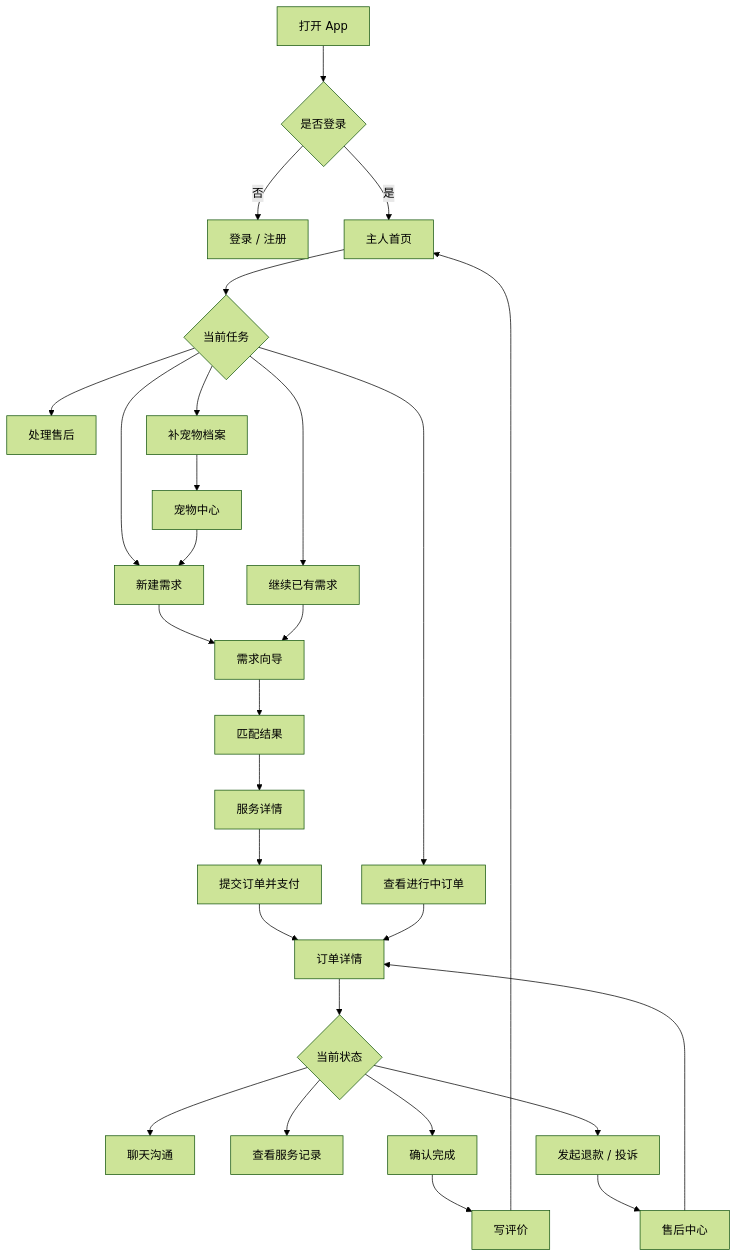
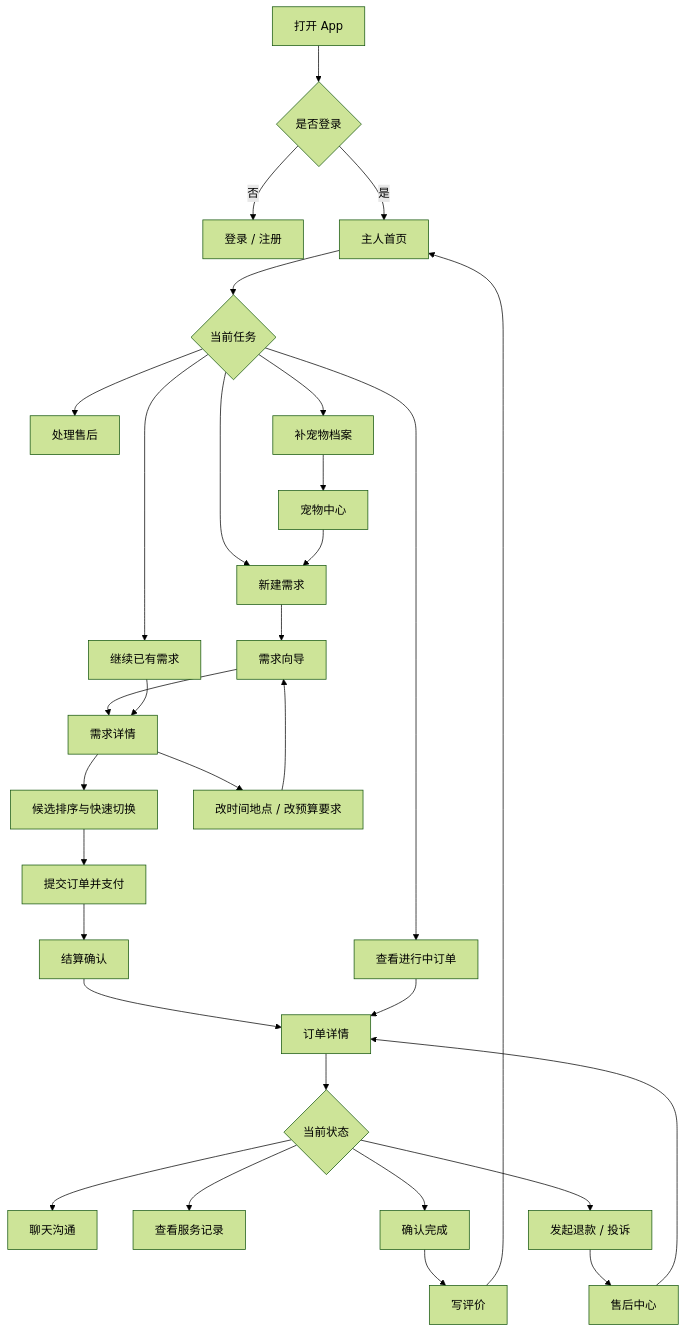
Before and after one commit to pqcqaq/PetPal: the first of 7 diagrams in apps/docs/project/PetPal-Frontend-Blueprint.md, drawn with Mermaid (forest theme). The commit also changed other lines of this file and 6 other files, not shown here.

````diff
--- a/apps/docs/project/PetPal-Frontend-Blueprint.md
+++ b/apps/docs/project/PetPal-Frontend-Blueprint.md
@@ -86,30 +86,33 @@
 ```mermaid
 flowchart TD
     A[打开 App] --> B{是否登录}
     B -- 否 --> C[登录 / 注册]
     B -- 是 --> D[主人首页]
     D --> E{当前任务}
     E --> F[新建需求]
     E --> G[查看进行中订单]
     E --> H[处理售后]
     E --> I[补宠物档案]
     E --> W[继续已有需求]
     I --> J[宠物中心]
     J --> F
     F --> K[需求向导]
-    W --> K
-    K --> L[匹配结果]
-    L --> M[服务详情]
-    M --> N[提交订单并支付]
+    K --> X[需求详情]
+    W --> X
+    X --> L[候选排序与快速切换]
+    L --> M[提交订单并支付]
+    X --> Y[改时间地点 / 改预算要求]
+    Y --> K
+    M --> N[结算确认]
     N --> O[订单详情]
     G --> O
     O --> P{当前状态}
     P --> Q[聊天沟通]
     P --> R[查看服务记录]
     P --> S[确认完成]
     P --> T[发起退款 / 投诉]
     S --> U[写评价]
     T --> V[售后中心]
     U --> D
     V --> O
 ```
````
